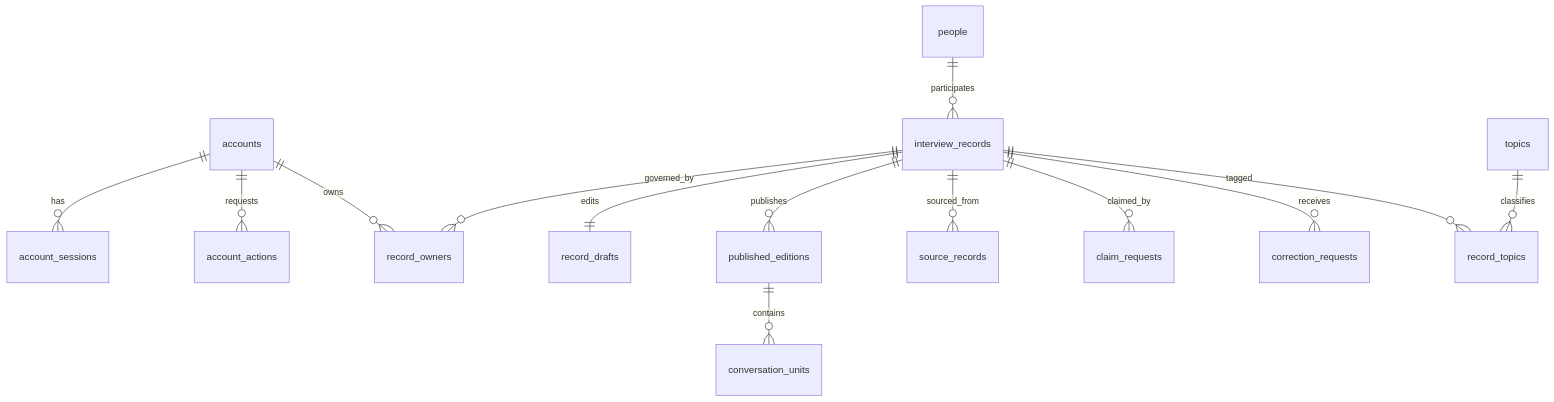
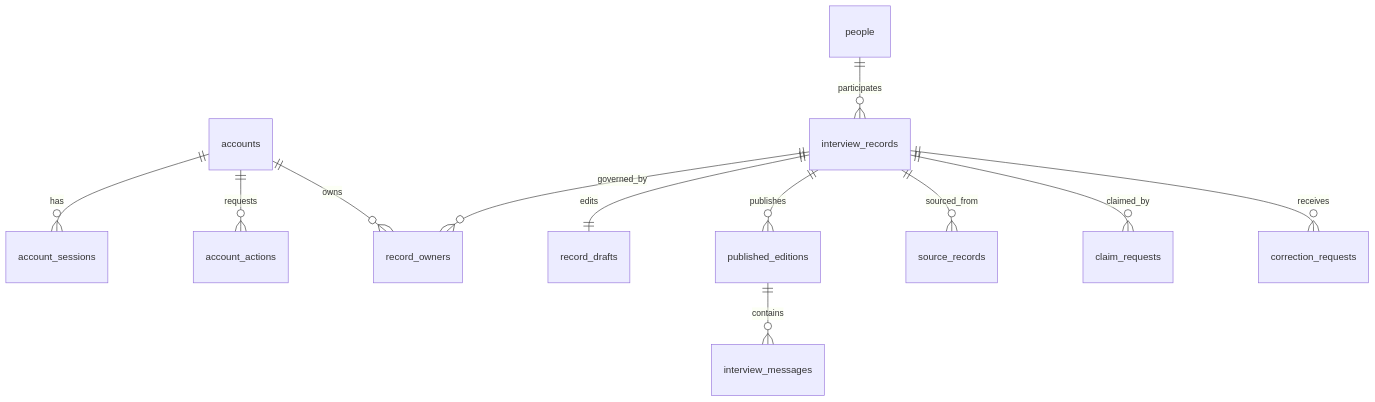
One commit to PlutoKeating/Project.BeenHere changed the third of 3 diagrams in docs/ARCHITECTURE.md. Above: the diagram before and after it, drawn with Mermaid. The commit also changed other lines of this file and 33 other files, not shown here.

````diff
--- a/docs/ARCHITECTURE.md
+++ b/docs/ARCHITECTURE.md
@@ -93,16 +93,14 @@
 ```mermaid
 erDiagram
   accounts ||--o{ account_sessions : has
   accounts ||--o{ account_actions : requests
   accounts ||--o{ record_owners : owns
   people ||--o{ interview_records : participates
   interview_records ||--|| record_drafts : edits
   interview_records ||--o{ published_editions : publishes
   interview_records ||--o{ source_records : sourced_from
   interview_records ||--o{ record_owners : governed_by
   interview_records ||--o{ claim_requests : claimed_by
   interview_records ||--o{ correction_requests : receives
-  published_editions ||--o{ conversation_units : contains
-  interview_records ||--o{ record_topics : tagged
-  topics ||--o{ record_topics : classifies
+  published_editions ||--o{ interview_messages : contains
 ```
````
